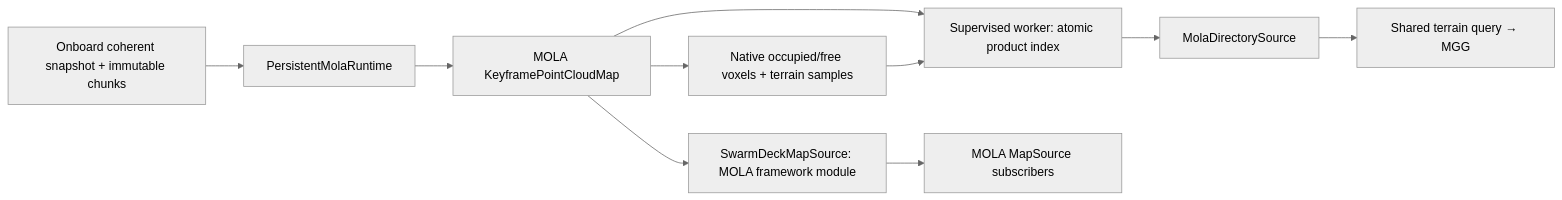
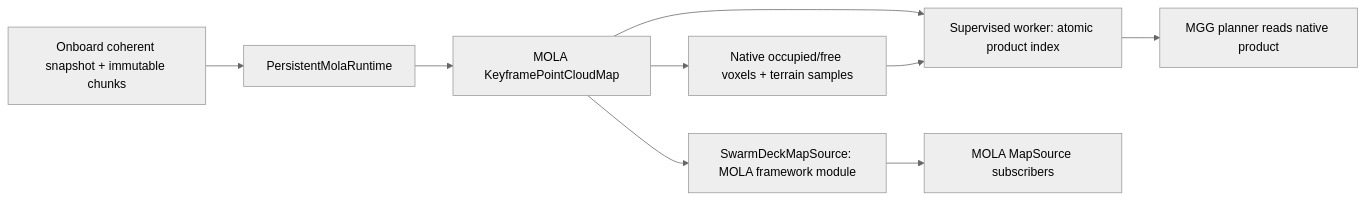
Before and after one commit to SimonR99/swarmdeck: the diagram in docs/operations/mola-runtime.md, drawn with Mermaid (neutral theme). The commit also changed other lines of this file and 60 other files, not shown here.

````diff
--- a/docs/operations/mola-runtime.md
+++ b/docs/operations/mola-runtime.md
@@ -9,12 +9,11 @@
 ```mermaid
 flowchart LR
   Store["Onboard coherent snapshot + immutable chunks"] --> Runtime["PersistentMolaRuntime"]
   Runtime --> Geometry["MOLA KeyframePointCloudMap"]
   Geometry --> Worker["Supervised worker: atomic product index"]
   Geometry --> Grid["Native occupied/free voxels + terrain samples"]
   Grid --> Worker
-  Worker --> Provider["MolaDirectorySource"]
-  Provider --> Query["Shared terrain query → MGG"]
+  Worker --> MGG["MGG planner reads native product"]
   Geometry --> Module["SwarmDeckMapSource: MOLA framework module"]
   Module --> Consumers["MOLA MapSource subscribers"]
 ```
````
